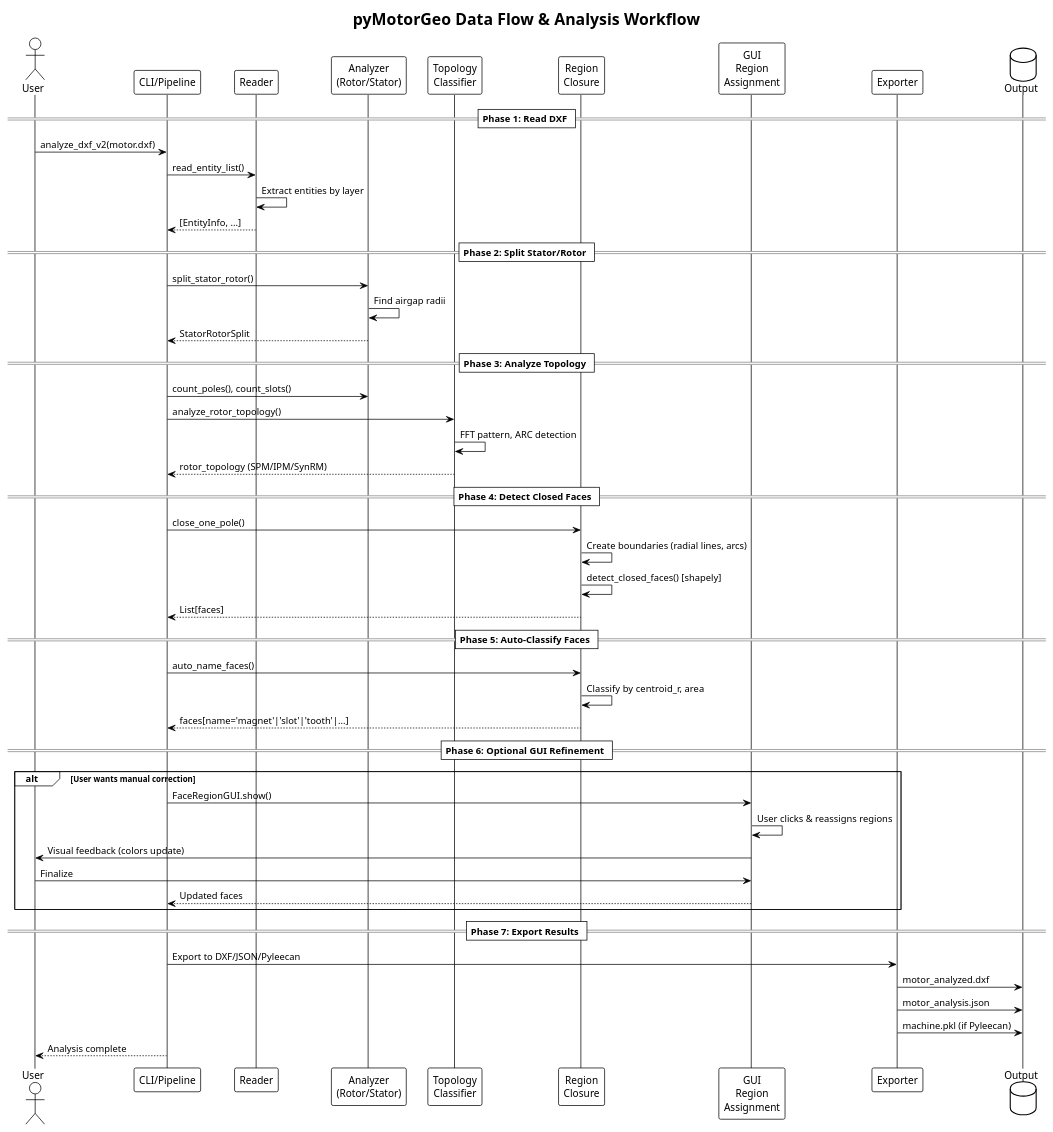
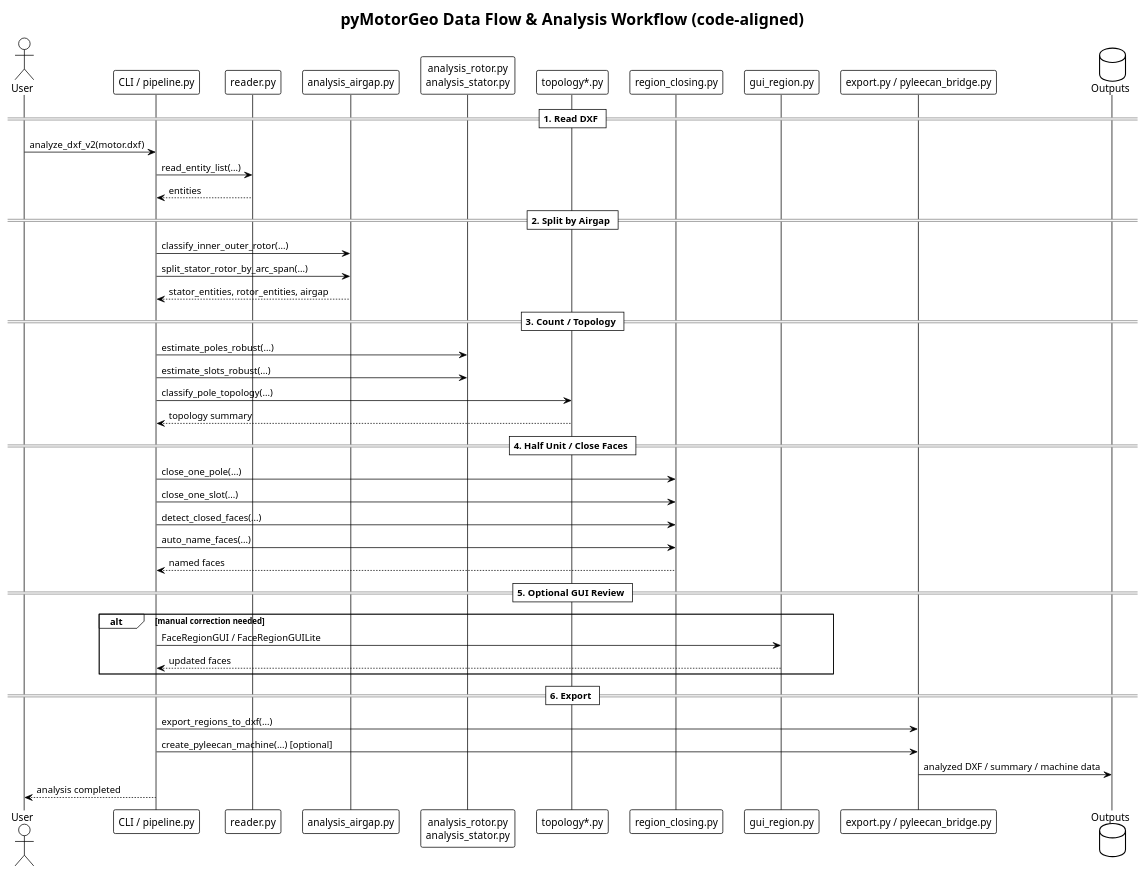
One commit to enjoyneer87/eMach changed the diagram in Class/pyMotorGeo_Workflow.puml. Above: the diagram before and after it, drawn with PlantUML. The commit also changed 45 other files, not shown here.

```diff
--- a/Class/pyMotorGeo_Workflow.puml
+++ b/Class/pyMotorGeo_Workflow.puml
@@ -1,60 +1,52 @@
 @startuml pyMotorGeo_Workflow
 !theme plain
-title pyMotorGeo Data Flow & Analysis Workflow
+title pyMotorGeo Data Flow & Analysis Workflow (code-aligned)
 
 actor User
-participant "CLI/Pipeline" as pipe
-participant "Reader" as read
-participant "Analyzer\n(Rotor/Stator)" as ana
-participant "Topology\nClassifier" as topo
-participant "Region\nClosure" as close
-participant "GUI\nRegion\nAssignment" as gui
-participant "Exporter" as exp
-database "Output"
+participant "CLI / pipeline.py" as pipe
+participant "reader.py" as read
+participant "analysis_airgap.py" as air
+participant "analysis_rotor.py\nanalysis_stator.py" as ana
+participant "topology*.py" as topo
+participant "region_closing.py" as close
+participant "gui_region.py" as gui
+participant "export.py / pyleecan_bridge.py" as exp
+database "Outputs"
 
-== Phase 1: Read DXF ==
+== 1. Read DXF ==
 User -> pipe: analyze_dxf_v2(motor.dxf)
-pipe -> read: read_entity_list()
-read -> read: Extract entities by layer
-read --> pipe: [EntityInfo, ...]
+pipe -> read: read_entity_list(...)
+read --> pipe: entities
 
-== Phase 2: Split Stator/Rotor ==
-pipe -> ana: split_stator_rotor()
-ana -> ana: Find airgap radii
-ana --> pipe: StatorRotorSplit
+== 2. Split by Airgap ==
+pipe -> air: classify_inner_outer_rotor(...)
+pipe -> air: split_stator_rotor_by_arc_span(...)
+air --> pipe: stator_entities, rotor_entities, airgap
 
-== Phase 3: Analyze Topology ==
-pipe -> ana: count_poles(), count_slots()
-pipe -> topo: analyze_rotor_topology()
-topo -> topo: FFT pattern, ARC detection
-topo --> pipe: rotor_topology (SPM/IPM/SynRM)
+== 3. Count / Topology ==
+pipe -> ana: estimate_poles_robust(...)
+pipe -> ana: estimate_slots_robust(...)
+pipe -> topo: classify_pole_topology(...)
+topo --> pipe: topology summary
 
-== Phase 4: Detect Closed Faces ==
-pipe -> close: close_one_pole()
-close -> close: Create boundaries (radial lines, arcs)
-close -> close: detect_closed_faces() [shapely]
-close --> pipe: List[faces]
+== 4. Half Unit / Close Faces ==
+pipe -> close: close_one_pole(...)
+pipe -> close: close_one_slot(...)
+pipe -> close: detect_closed_faces(...)
+pipe -> close: auto_name_faces(...)
+close --> pipe: named faces
 
-== Phase 5: Auto-Classify Faces ==
-pipe -> close: auto_name_faces()
-close -> close: Classify by centroid_r, area
-close --> pipe: faces[name='magnet'|'slot'|'tooth'|...]
-
-== Phase 6: Optional GUI Refinement ==
-alt User wants manual correction
-    pipe -> gui: FaceRegionGUI.show()
-    gui -> gui: User clicks & reassigns regions
-    gui -> User: Visual feedback (colors update)
-    User -> gui: Finalize
-    gui --> pipe: Updated faces
+== 5. Optional GUI Review ==
+alt manual correction needed
+    pipe -> gui: FaceRegionGUI / FaceRegionGUILite
+    gui --> pipe: updated faces
 end
 
-== Phase 7: Export Results ==
-pipe -> exp: Export to DXF/JSON/Pyleecan
-exp -> Output: motor_analyzed.dxf
-exp -> Output: motor_analysis.json
-exp -> Output: machine.pkl (if Pyleecan)
+== 6. Export ==
+pipe -> exp: export_regions_to_dxf(...)
+pipe -> exp: create_pyleecan_machine(...) [optional]
+exp -> Outputs: analyzed DXF / summary / machine data
 
-pipe --> User: Analysis complete
+pipe --> User: analysis completed
 
 @enduml
```
